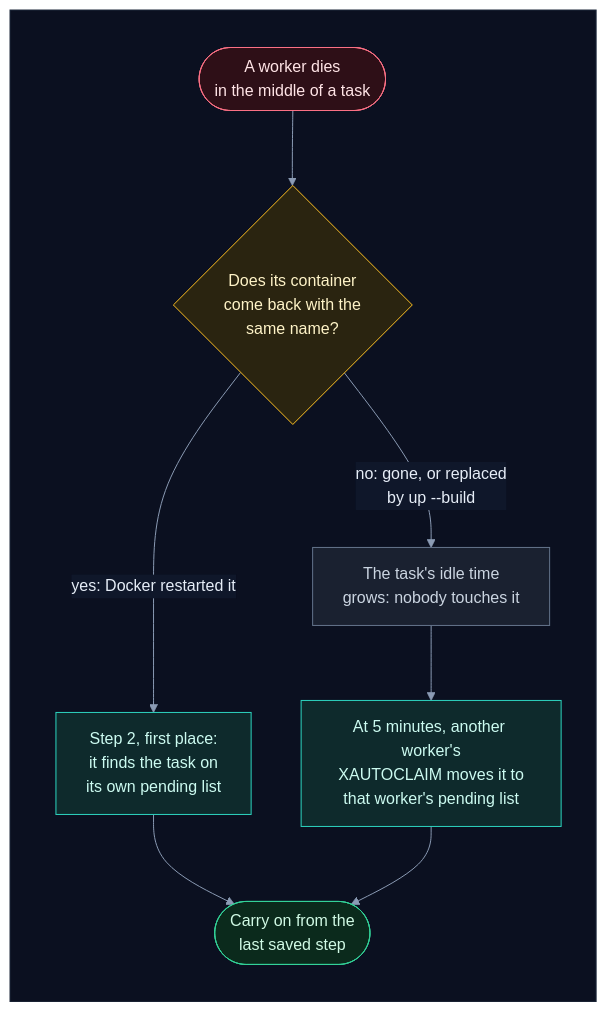
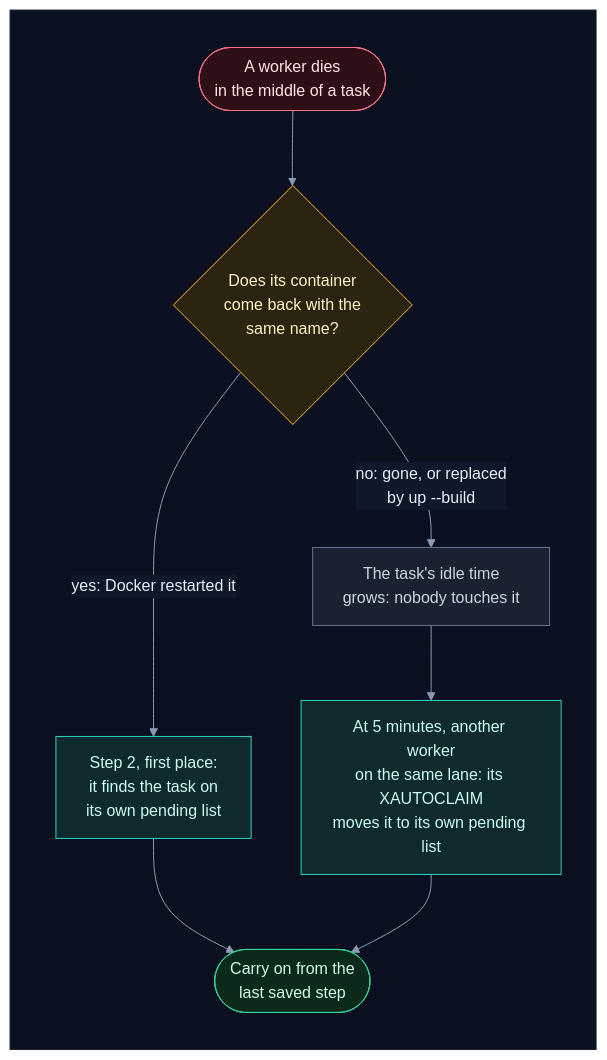
One commit to selvakumarperumal/Regulatory_Circular_Impact_Agent changed diagram 27 of 45 in backend/worker/INTERNALS.md. Above: the diagram before and after it, drawn with Mermaid. The commit also changed other lines of this file and 7 other files, not shown here.

````diff
--- a/backend/worker/INTERNALS.md
+++ b/backend/worker/INTERNALS.md
@@ -1502,29 +1539,29 @@
 ```mermaid
 %%{init: {"theme": "base", "flowchart": {"diagramPadding": 0}, "themeVariables": {"darkMode": true, "primaryColor": "#16213a", "primaryTextColor": "#e6edf7", "primaryBorderColor": "#475a7a", "lineColor": "#8b9bb4", "secondaryColor": "#1b2436", "tertiaryColor": "#101a2e", "edgeLabelBackground": "#0f172a", "textColor": "#e2e8f0", "clusterBkg": "#0f1728", "clusterBorder": "#2b3a55", "titleColor": "#c4b5fd", "nodeTextColor": "#e6edf7"}}}%%
 flowchart TD
     subgraph canvas[" "]
         direction TB
         d(["A worker dies<br/>in the middle of a task"]) --> q{"Does its container<br/>come back with the<br/>same name?"}
         q -->|"yes: Docker restarted it"| s["Step 2, first place:<br/>it finds the task on<br/>its own pending list"]
         q -->|"no: gone, or replaced<br/>by up --build"| i["The task's idle time<br/>grows: nobody touches it"]
-        i --> o["At 5 minutes, another worker's<br/>XAUTOCLAIM moves it to<br/>that worker's pending list"]
+        i --> o["At 5 minutes, another worker<br/>on the same lane: its XAUTOCLAIM<br/>moves it to its own pending list"]
         s --> c(["Carry on from the<br/>last saved step"])
         o --> c
     end
     classDef svc fill:#0e2a2c,stroke:#2dd4bf,color:#ccfbf1
     classDef data fill:#1c1a47,stroke:#818cf8,color:#e0e7ff
     classDef ext fill:#2a1640,stroke:#c084fc,color:#f3e8ff
     classDef gpu fill:#2d1b0c,stroke:#fb923c,color:#ffedd5
     classDef ask fill:#2a2410,stroke:#fbbf24,color:#fef3c7
     classDef ok fill:#0b2a1c,stroke:#34d399,color:#d1fae5
     classDef bad fill:#2e0f17,stroke:#fb7185,color:#ffe4e6
     classDef start fill:#1c2a0e,stroke:#a7ef6f,color:#ecfccb
     classDef muted fill:#1a2130,stroke:#64748b,color:#cbd5e1
     classDef queue fill:#0c2231,stroke:#38bdf8,color:#e0f2fe
     class d bad
     class q ask
     class s,o svc
     class i muted
     class c ok
     style canvas fill:#0b1020,stroke:#1e293b,color:#0b1020
 ```
````
